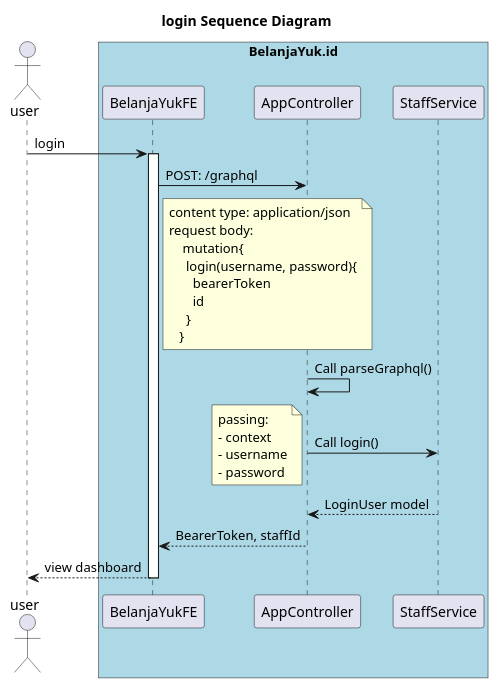
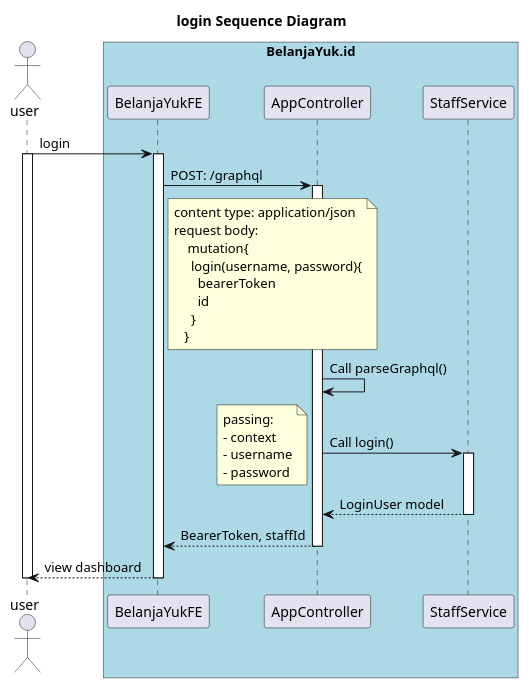
Before and after one commit to dedeandress/belanjayukid-be-services: the diagram in SA/sequencediagram/staff/simple/login.puml, drawn with PlantUML. The commit also changed 21 other files, not shown here.

Commit message:
update diagram

```diff
--- a/SA/sequencediagram/staff/simple/login.puml
+++ b/SA/sequencediagram/staff/simple/login.puml
@@ -1,35 +1,36 @@
 @startuml
 title: login Sequence Diagram
 actor user
 box "BelanjaYuk.id" #LightBlue
 participant BelanjaYukFE
 participant AppController
 participant StaffService
 end box
 
 user -> BelanjaYukFE ++ : login
-BelanjaYukFE -> AppController: POST: /graphql
+activate user
+BelanjaYukFE -> AppController ++ : POST: /graphql
     note right of BelanjaYukFE
     content type: application/json
     request body:
         mutation{
          login(username, password){
            bearerToken
            id
          }
        }
     end note
 AppController -> AppController : Call parseGraphql()
-AppController -> StaffService: Call login()
+AppController -> StaffService ++: Call login()
     note left
     passing:
     - context
     - username
     - password
     end note
 StaffService --> AppController -- : LoginUser model
 AppController --> BelanjaYukFE -- : BearerToken, staffId
 BelanjaYukFE --> user -- : view dashboard
-
+deactivate user
 
 @enduml
```
